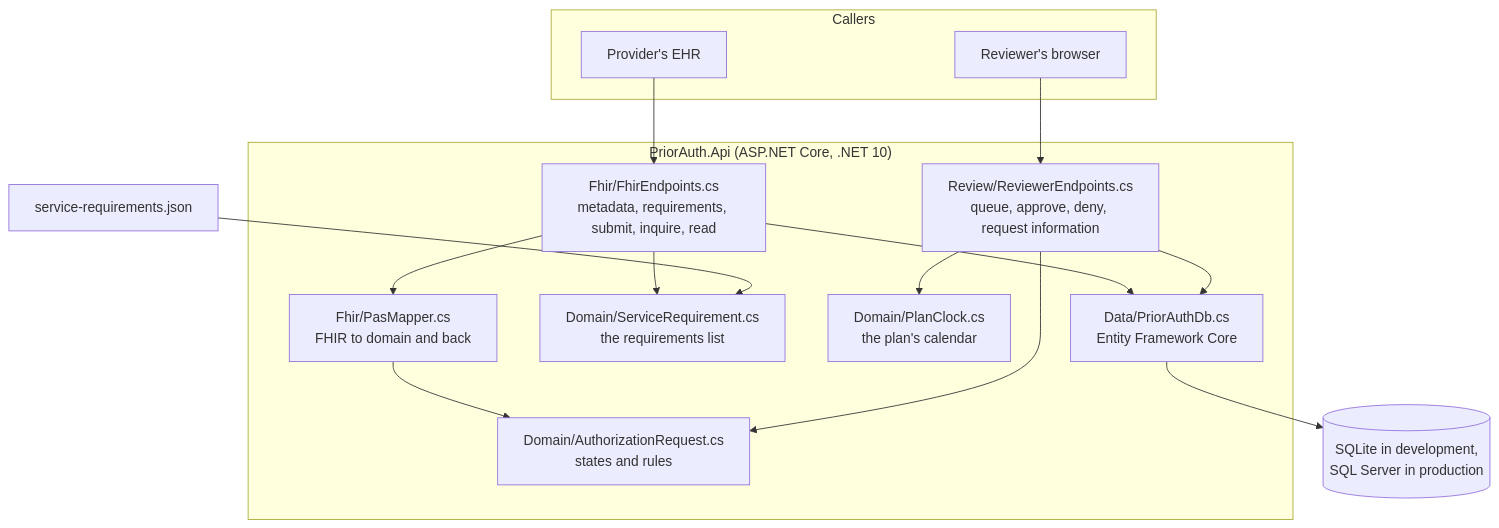
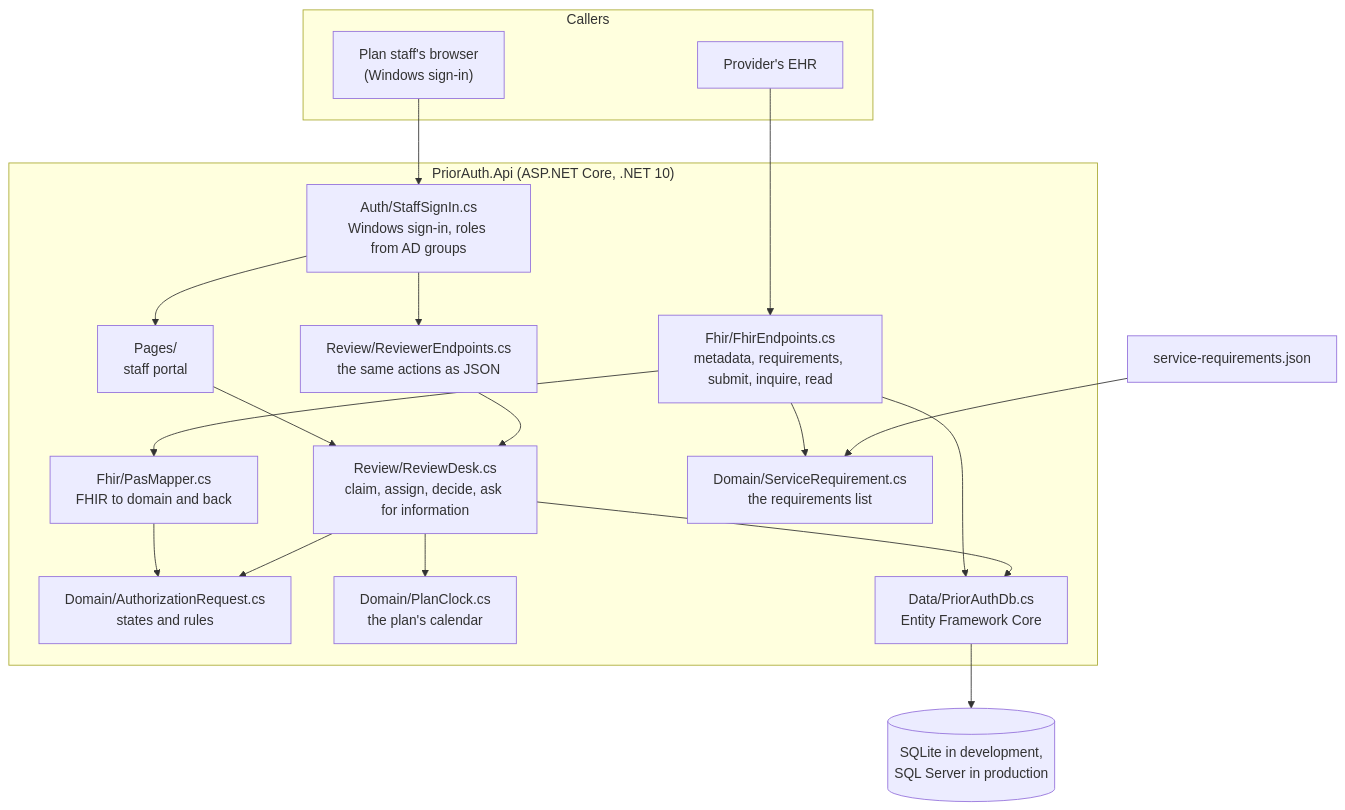
The third of 4 diagrams in docs/02-how-it-works.md (tngo0508/prior-auth-api), drawn with Mermaid before and after one commit. The commit also changed other lines of this file and 56 other files, not shown here.

First line of the commit message:
Add staff sign-in and the reviewer portal

````diff
--- a/docs/02-how-it-works.md
+++ b/docs/02-how-it-works.md
@@ -95,30 +95,37 @@
 ```mermaid
 flowchart TB
     subgraph Callers
         EHR["Provider's EHR"]
-        STAFF["Reviewer's browser"]
+        STAFF["Plan staff's browser<br/>(Windows sign-in)"]
     end
     subgraph App["PriorAuth.Api (ASP.NET Core, .NET 10)"]
         FE["Fhir/FhirEndpoints.cs<br/>metadata, requirements, submit, inquire, read"]
-        RE["Review/ReviewerEndpoints.cs<br/>queue, approve, deny, request information"]
+        PG["Pages/<br/>staff portal"]
+        RE["Review/ReviewerEndpoints.cs<br/>the same actions as JSON"]
+        DESK["Review/ReviewDesk.cs<br/>claim, assign, decide, ask for information"]
+        SIGN["Auth/StaffSignIn.cs<br/>Windows sign-in, roles from AD groups"]
         MAP["Fhir/PasMapper.cs<br/>FHIR to domain and back"]
         DOM["Domain/AuthorizationRequest.cs<br/>states and rules"]
         CAT["Domain/ServiceRequirement.cs<br/>the requirements list"]
         CLK["Domain/PlanClock.cs<br/>the plan's calendar"]
         DATA["Data/PriorAuthDb.cs<br/>Entity Framework Core"]
     end
     CFG["service-requirements.json"]
     DB[("SQLite in development,<br/>SQL Server in production")]
 
     EHR --> FE
-    STAFF --> RE
+    STAFF --> SIGN
+    SIGN --> PG
+    SIGN --> RE
+    PG --> DESK
+    RE --> DESK
     FE --> MAP
     FE --> CAT
     MAP --> DOM
-    RE --> DOM
-    RE --> CLK
+    DESK --> DOM
+    DESK --> CLK
     FE --> DATA
-    RE --> DATA
+    DESK --> DATA
     DATA --> DB
     CFG --> CAT
 ```
````
